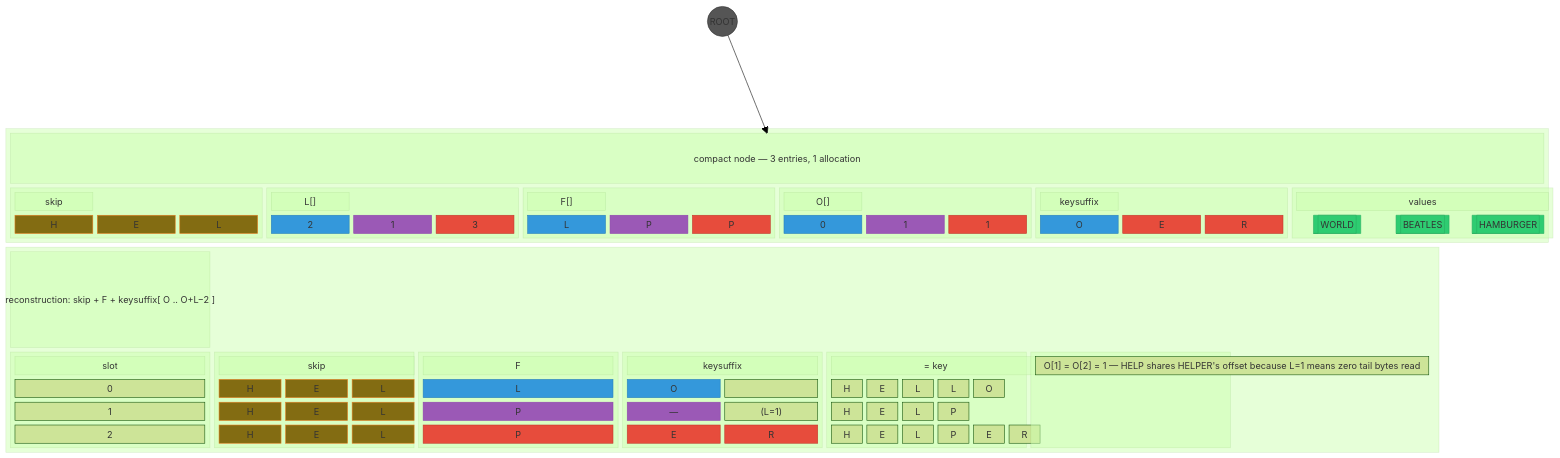
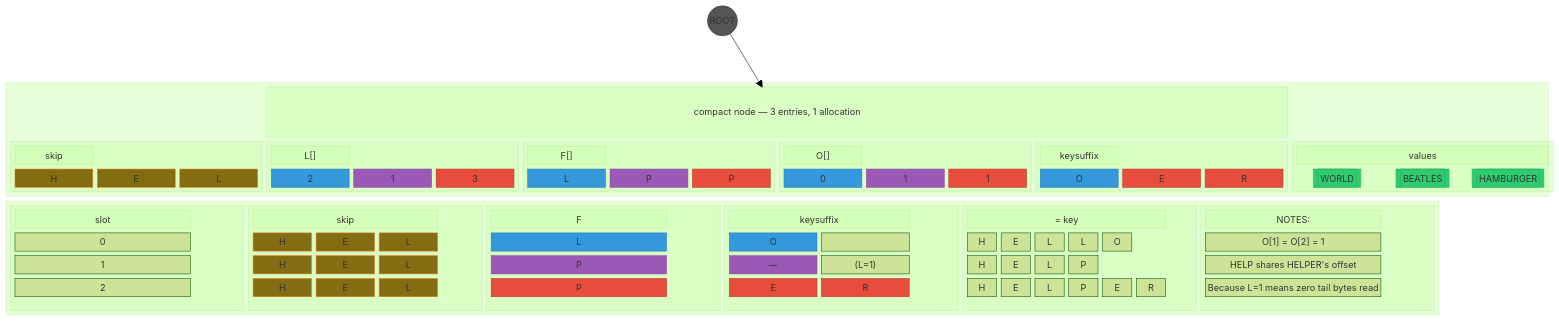
Before and after one commit to glennteitelbaum/KTRIE: the first of 2 diagrams in test.md, drawn with Mermaid (forest theme). The commit also changed other lines of this file, not shown here.

Commit message:
Refactor block titles and columns in test.md

````diff
--- a/test.md
+++ b/test.md
@@ -9,9 +9,11 @@
   block:NODE
     columns 6
 
-    block:title("compact node — 3 entries, 1 allocation"):6
+    space
+    block:title("compact node — 3 entries, 1 allocation"):4
       space
     end
+    space
 
     block:SK
       columns 3
@@ -64,14 +66,8 @@
   end
 
 %% Reconstruction
-
-
   block:RECON
-    columns 7
-
-    block:rtitle("reconstruction: skip + F + keysuffix[ O .. O+L−2 ]"):7
-      space
-    end
+    columns 6
 
     block:CS
       columns 1
@@ -119,12 +115,15 @@
       ro20["H"] ro21["E"] ro22["L"] ro23["P"] ro024["E"] ro25["R"]
     end
 
-
-
     %% Note
-    block:NOTE:2
+    block:NOTE
       columns 1
-      note["O[1] = O[2] = 1 — HELP shares HELPER's offset because L=1 means zero tail bytes read"]
+      block:notel["NOTES:"]
+        space
+      end
+      note["O[1] = O[2] = 1"]
+      note2["HELP shares HELPER's offset"]
+      note3["Because L=1 means zero tail bytes read"]
     end
 
   end
@@ -176,8 +175,4 @@
   style rk2_0 fill:#e74c3c,color:#fff,stroke:#c0392b
   style rk2_1 fill:#e74c3c,color:#fff,stroke:#c0392b
 
-  %% style ro0 fill:#2ecc71,color:#fff,stroke:#27ae60
-  %% style ro1 fill:#2ecc71,color:#fff,stroke:#27ae60
-  %% style ro2 fill:#2ecc71,color:#fff,stroke:#27ae60
-
 ```
````
